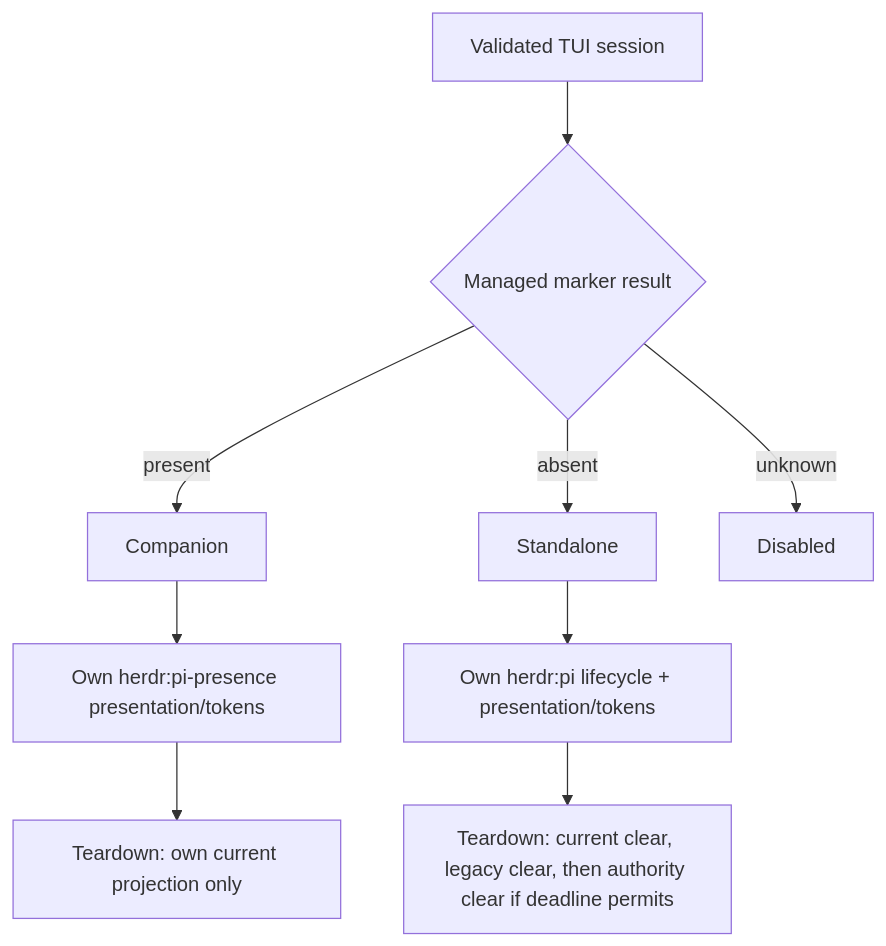
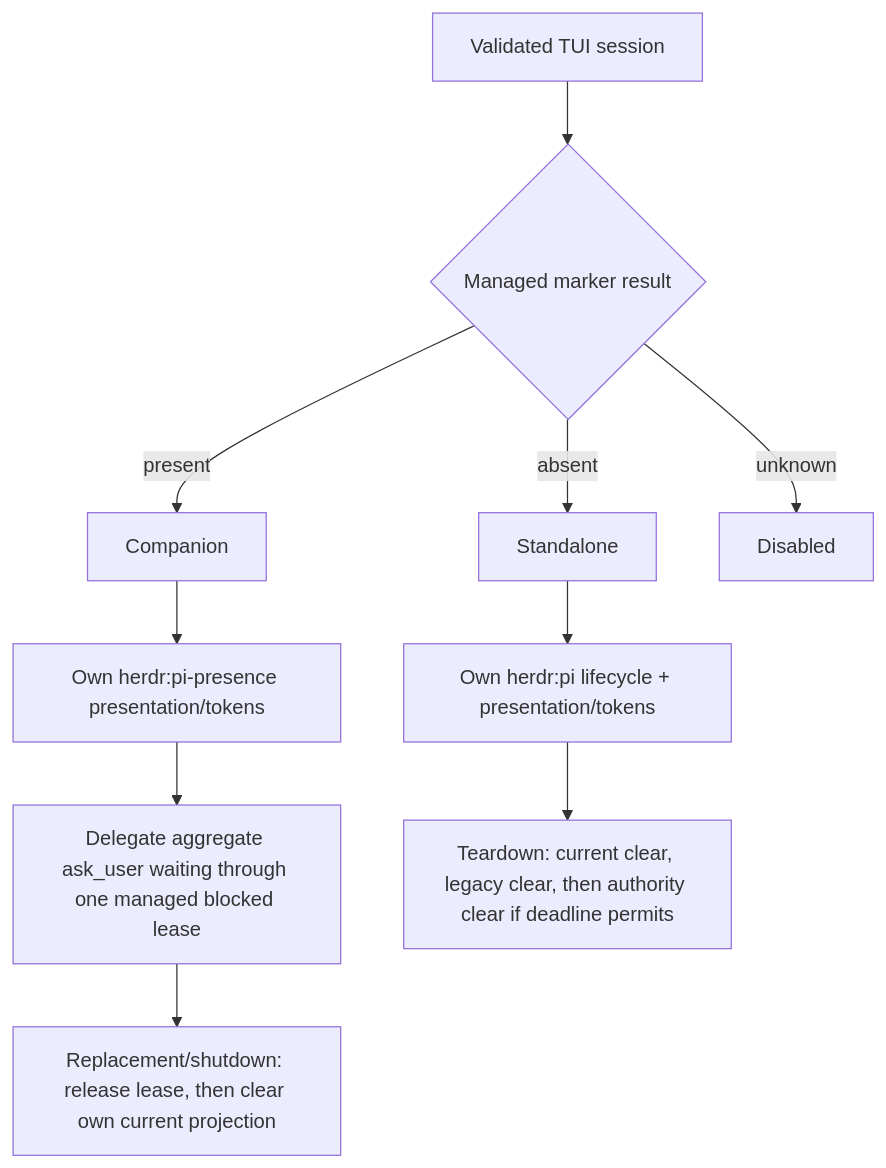
Before and after one commit to spi-ca/pi-herdr-presence: the fourth of 4 diagrams in docs/architecture.md, drawn with Mermaid. The commit also changed other lines of this file and 7 other files, not shown here.

````diff
--- a/docs/architecture.md
+++ b/docs/architecture.md
@@ -102,11 +102,12 @@
 ```mermaid
 flowchart TD
   Start[Validated TUI session] --> Probe{Managed marker result}
   Probe -->|present| Companion[Companion]
   Probe -->|absent| Standalone[Standalone]
   Probe -->|unknown| Disabled[Disabled]
   Companion --> CP[Own herdr:pi-presence presentation/tokens]
+  CP --> CB[Delegate aggregate ask_user waiting through one managed blocked lease]
   Standalone --> SP[Own herdr:pi lifecycle + presentation/tokens]
-  CP --> CT[Teardown: own current projection only]
+  CB --> CT[Replacement/shutdown: release lease, then clear own current projection]
   SP --> ST[Teardown: current clear, legacy clear, then authority clear if deadline permits]
 ```
````
